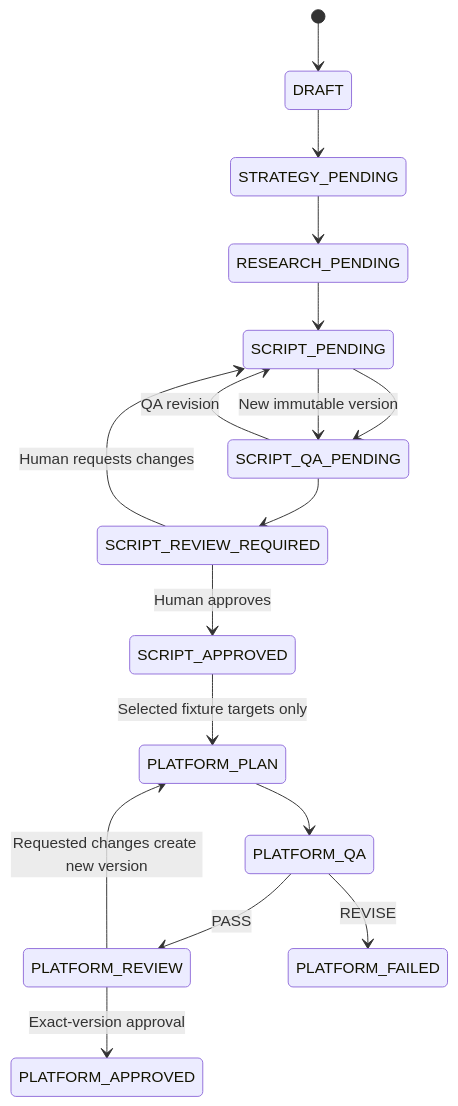
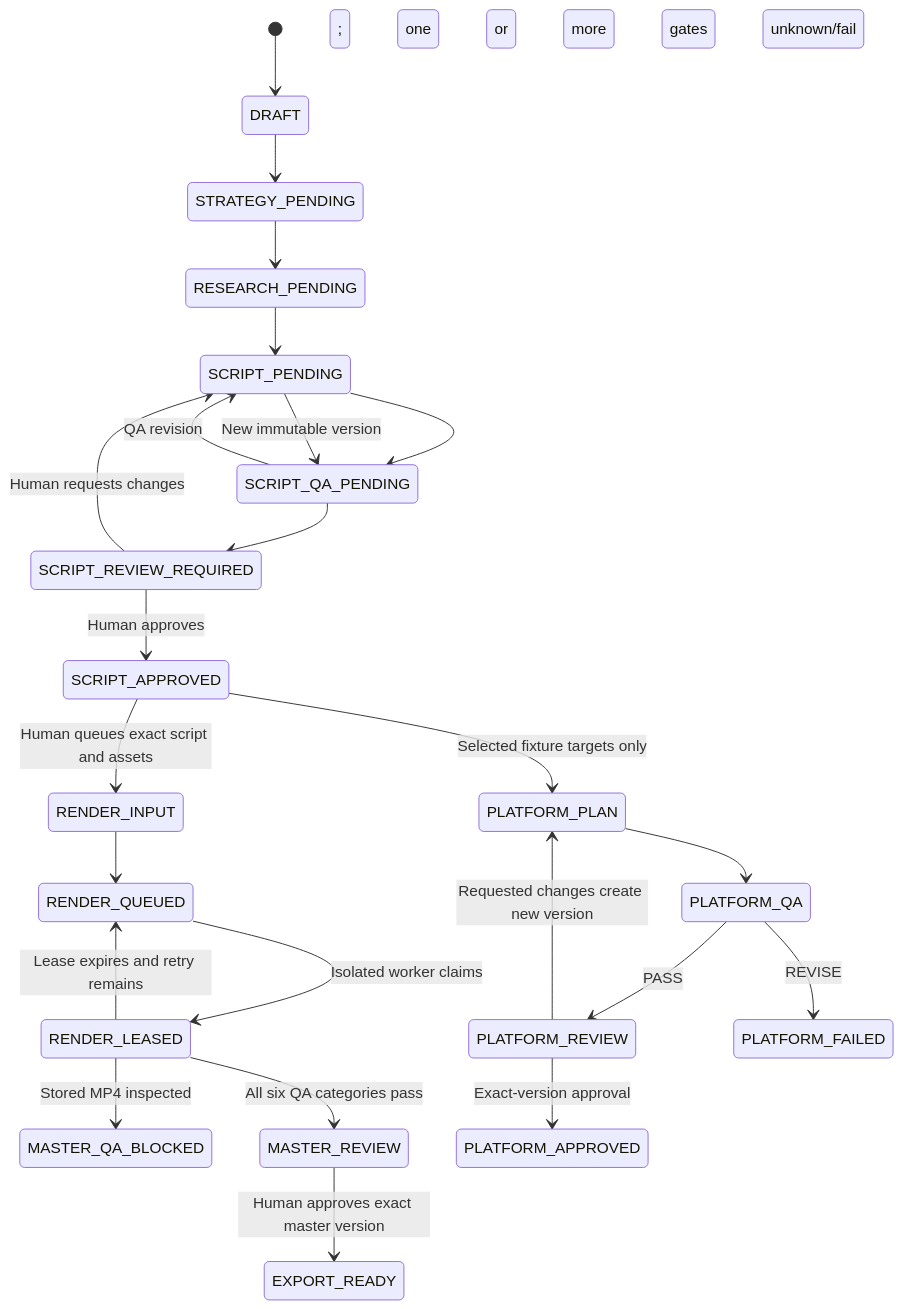
Before and after one commit to gekgrind/channelwright: the diagram in docs/video-workflow.md, drawn with Mermaid. The commit also changed other lines of this file and 141 other files, not shown here.

````diff
--- a/docs/video-workflow.md
+++ b/docs/video-workflow.md
@@ -5,19 +5,26 @@
 ```mermaid
 stateDiagram-v2
   [*] --> DRAFT
   DRAFT --> STRATEGY_PENDING
   STRATEGY_PENDING --> RESEARCH_PENDING
   RESEARCH_PENDING --> SCRIPT_PENDING
   SCRIPT_PENDING --> SCRIPT_QA_PENDING
   SCRIPT_QA_PENDING --> SCRIPT_REVIEW_REQUIRED
   SCRIPT_QA_PENDING --> SCRIPT_PENDING: QA revision
   SCRIPT_REVIEW_REQUIRED --> SCRIPT_PENDING: Human requests changes
   SCRIPT_REVIEW_REQUIRED --> SCRIPT_APPROVED: Human approves
   SCRIPT_PENDING --> SCRIPT_QA_PENDING: New immutable version
   SCRIPT_APPROVED --> PLATFORM_PLAN: Selected fixture targets only
+  SCRIPT_APPROVED --> RENDER_INPUT: Human queues exact script and assets
+  RENDER_INPUT --> RENDER_QUEUED
+  RENDER_QUEUED --> RENDER_LEASED: Isolated worker claims
+  RENDER_LEASED --> RENDER_QUEUED: Lease expires and retry remains
+  RENDER_LEASED --> MASTER_QA_BLOCKED: Stored MP4 inspected; one or more gates unknown/fail
+  RENDER_LEASED --> MASTER_REVIEW: All six QA categories pass
+  MASTER_REVIEW --> EXPORT_READY: Human approves exact master version
   PLATFORM_PLAN --> PLATFORM_QA
   PLATFORM_QA --> PLATFORM_REVIEW: PASS
   PLATFORM_QA --> PLATFORM_FAILED: REVISE
   PLATFORM_REVIEW --> PLATFORM_APPROVED: Exact-version approval
   PLATFORM_REVIEW --> PLATFORM_PLAN: Requested changes create new version
 ```
````
